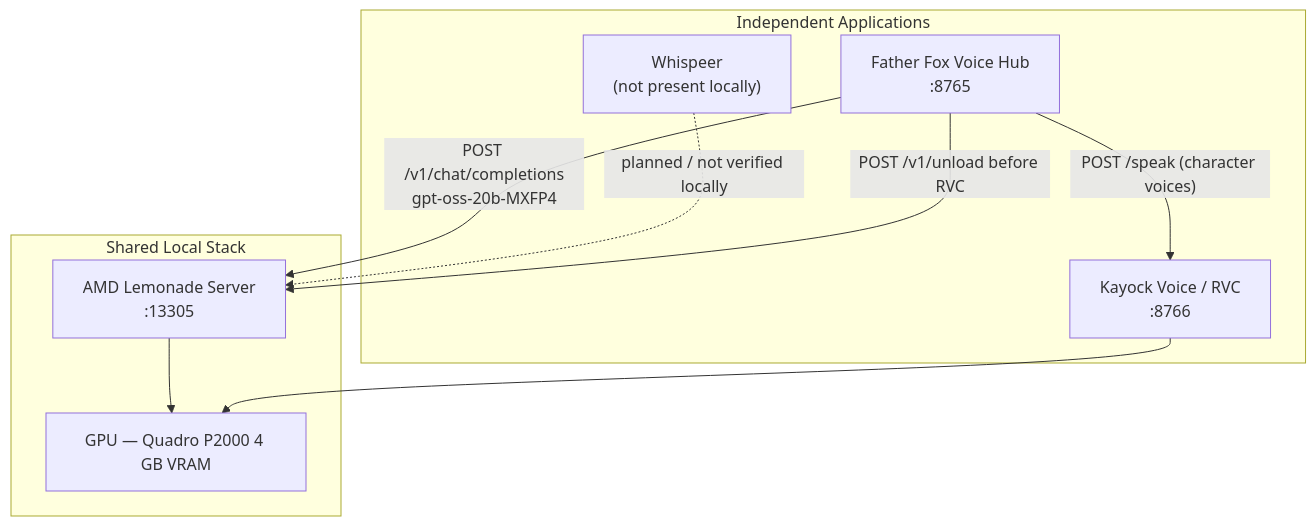
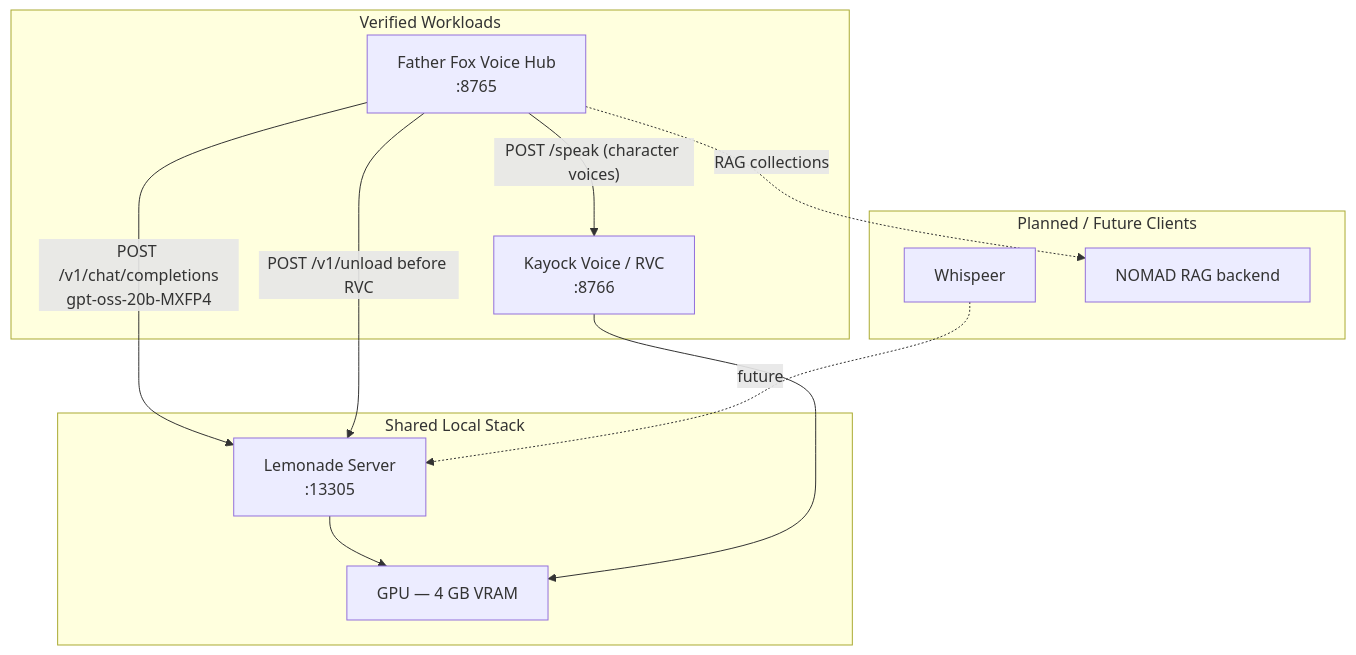
One commit to kayock/kayock-shared-local-ai changed the first of 2 diagrams in README.md. Above: the diagram before and after it, drawn with Mermaid. The commit also changed other lines of this file and 2 other files, not shown here.

First line of the commit message:
Document runtime-verified handoff and scope public claims.

````diff
--- a/README.md
+++ b/README.md
@@ -20,20 +33,25 @@
 ```mermaid
 flowchart TB
-    subgraph Apps["Independent Applications"]
+    subgraph Verified["Verified Workloads"]
         FF["Father Fox Voice Hub<br/>:8765"]
-        WH["Whispeer<br/>(not present locally)"]
         RVC["Kayock Voice / RVC<br/>:8766"]
     end
 
     subgraph Shared["Shared Local Stack"]
-        LM["AMD Lemonade Server<br/>:13305"]
-        GPU["GPU — Quadro P2000 4 GB VRAM"]
+        LM["Lemonade Server<br/>:13305"]
+        GPU["GPU — 4 GB VRAM"]
+    end
+
+    subgraph Future["Planned / Future Clients"]
+        WH["Whispeer"]
+        NOMAD["NOMAD RAG backend"]
     end
 
     FF -->|"POST /v1/chat/completions<br/>gpt-oss-20b-MXFP4"| LM
-    WH -.->|"planned / not verified locally"| LM
+    FF -->|"POST /v1/unload before RVC"| LM
     FF -->|"POST /speak (character voices)"| RVC
-    FF -->|"POST /v1/unload before RVC"| LM
     LM --> GPU
     RVC --> GPU
+    WH -.->|"future"| LM
+    FF -.->|"RAG collections"| NOMAD
 ```
````
